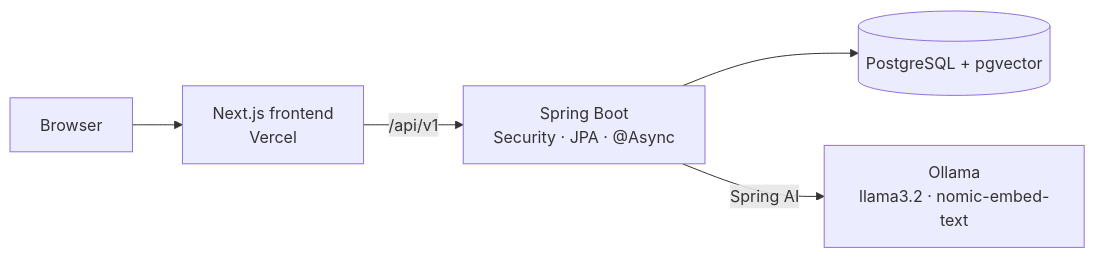
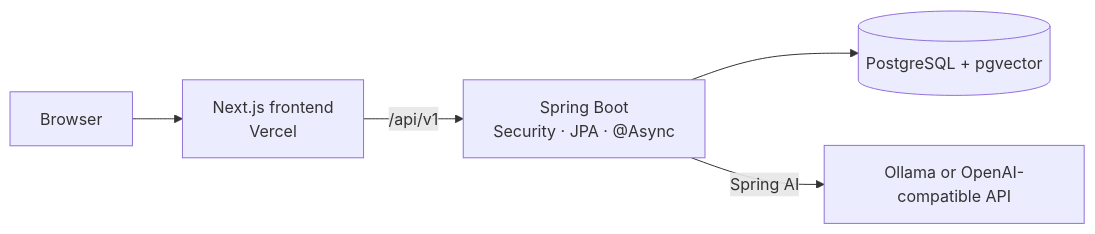
Before and after one commit to AsfawSr/hotel-review-ai: the diagram in README.md, drawn with Mermaid. The commit also changed other lines of this file and 1 other file, not shown here.

Commit message:
docs: README and .env.example for Docker, RAG profile, AI providers, API, observability and CI

````diff
--- a/README.md
+++ b/README.md
@@ -30,7 +30,7 @@
 ```mermaid
 flowchart LR
   U[Browser] --> FE[Next.js frontend<br/>Vercel]
   FE -- /api/v1 --> BE[Spring Boot<br/>Security · JPA · @Async]
   BE --> DB[(PostgreSQL + pgvector)]
-  BE -- Spring AI --> LLM[Ollama<br/>llama3.2 · nomic-embed-text]
+  BE -- Spring AI --> LLM[Ollama or OpenAI-compatible API]
 ```
````
